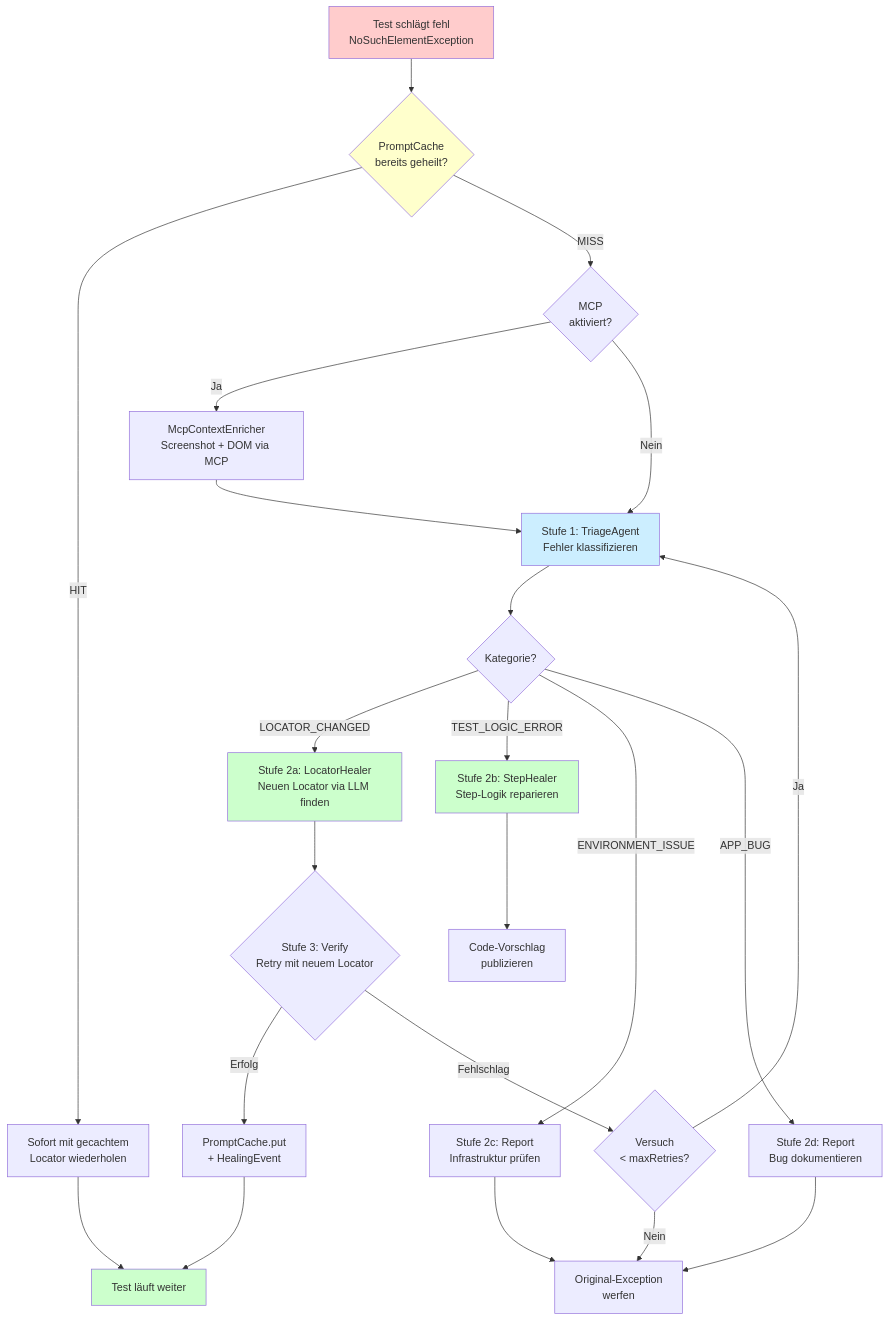
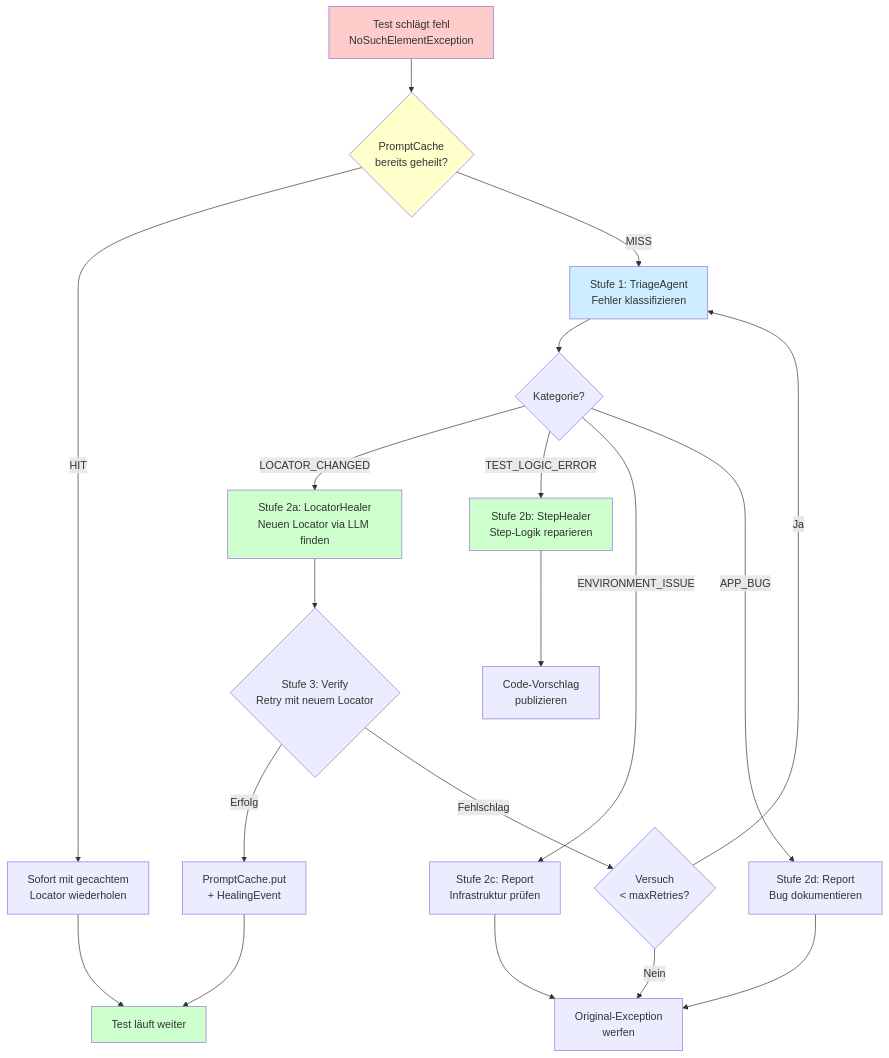
The fifth of 6 diagrams in README.md (dkeiss/appium-self-healing), drawn with Mermaid before and after one commit. The commit also changed other lines of this file and 16 other files, not shown here.

````diff
--- a/README.md
+++ b/README.md
@@ -427,38 +472,34 @@
 ```mermaid
 flowchart TD
     FAIL[Test schlägt fehl<br/>NoSuchElementException] --> CACHE{PromptCache<br/>bereits geheilt?}
     CACHE -->|HIT| RETRY_CACHED[Sofort mit gecachtem<br/>Locator wiederholen]
-    CACHE -->|MISS| MCP_CHECK{MCP<br/>aktiviert?}
-
-    MCP_CHECK -->|Ja| MCP[McpContextEnricher<br/>Screenshot + DOM via MCP]
-    MCP_CHECK -->|Nein| TRIAGE
-    MCP --> TRIAGE
+    CACHE -->|MISS| TRIAGE
 
     TRIAGE[Stufe 1: TriageAgent<br/>Fehler klassifizieren] --> CAT{Kategorie?}
 
     CAT -->|LOCATOR_CHANGED| LH[Stufe 2a: LocatorHealer<br/>Neuen Locator via LLM finden]
     CAT -->|TEST_LOGIC_ERROR| SH[Stufe 2b: StepHealer<br/>Step-Logik reparieren]
     CAT -->|ENVIRONMENT_ISSUE| ENV[Stufe 2c: Report<br/>Infrastruktur prüfen]
     CAT -->|APP_BUG| BUG[Stufe 2d: Report<br/>Bug dokumentieren]
 
     LH --> VERIFY{Stufe 3: Verify<br/>Retry mit neuem Locator}
     SH --> CODE_FIX[Code-Vorschlag<br/>publizieren]
 
     VERIFY -->|Erfolg| CACHE_PUT[PromptCache.put<br/>+ HealingEvent]
     VERIFY -->|Fehlschlag| RETRY_N{Versuch<br/>< maxRetries?}
     RETRY_N -->|Ja| TRIAGE
     RETRY_N -->|Nein| ORIGINAL_FAIL[Original-Exception<br/>werfen]
 
     CACHE_PUT --> CONTINUE[Test läuft weiter]
     RETRY_CACHED --> CONTINUE
 
     ENV --> ORIGINAL_FAIL
     BUG --> ORIGINAL_FAIL
 
     style FAIL fill:#ffcccc
     style CONTINUE fill:#ccffcc
     style CACHE fill:#ffffcc
     style TRIAGE fill:#cceeff
     style LH fill:#ccffcc
     style SH fill:#ccffcc
 ```
````
